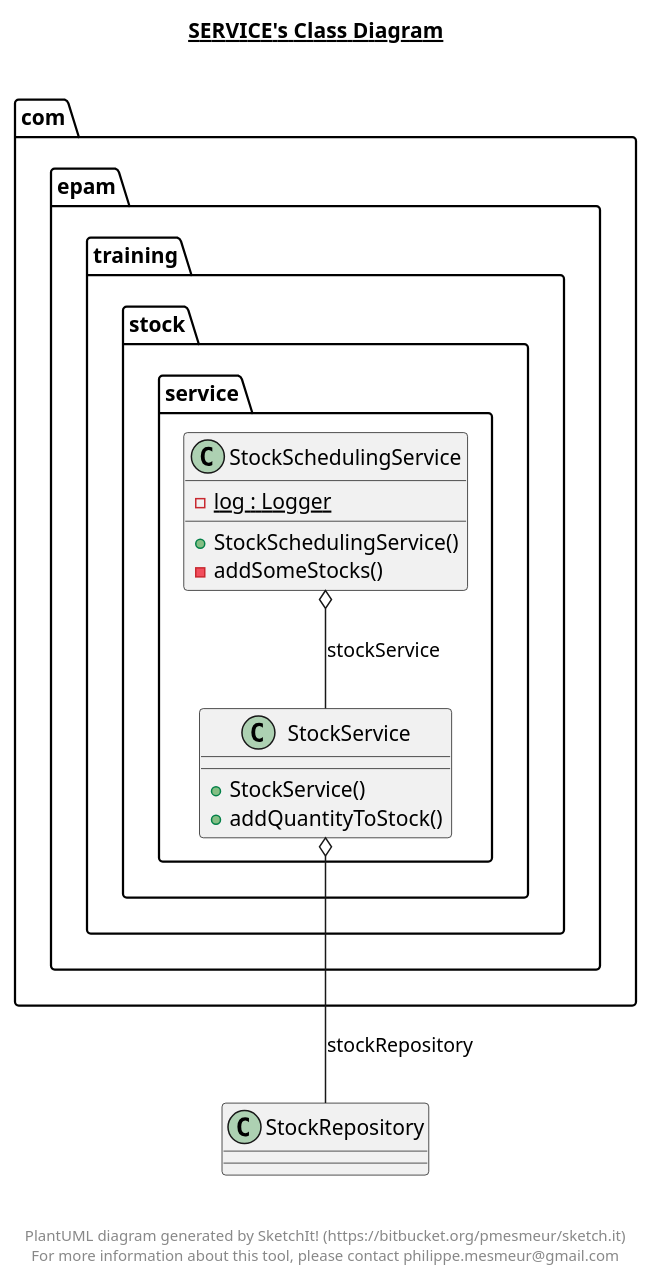
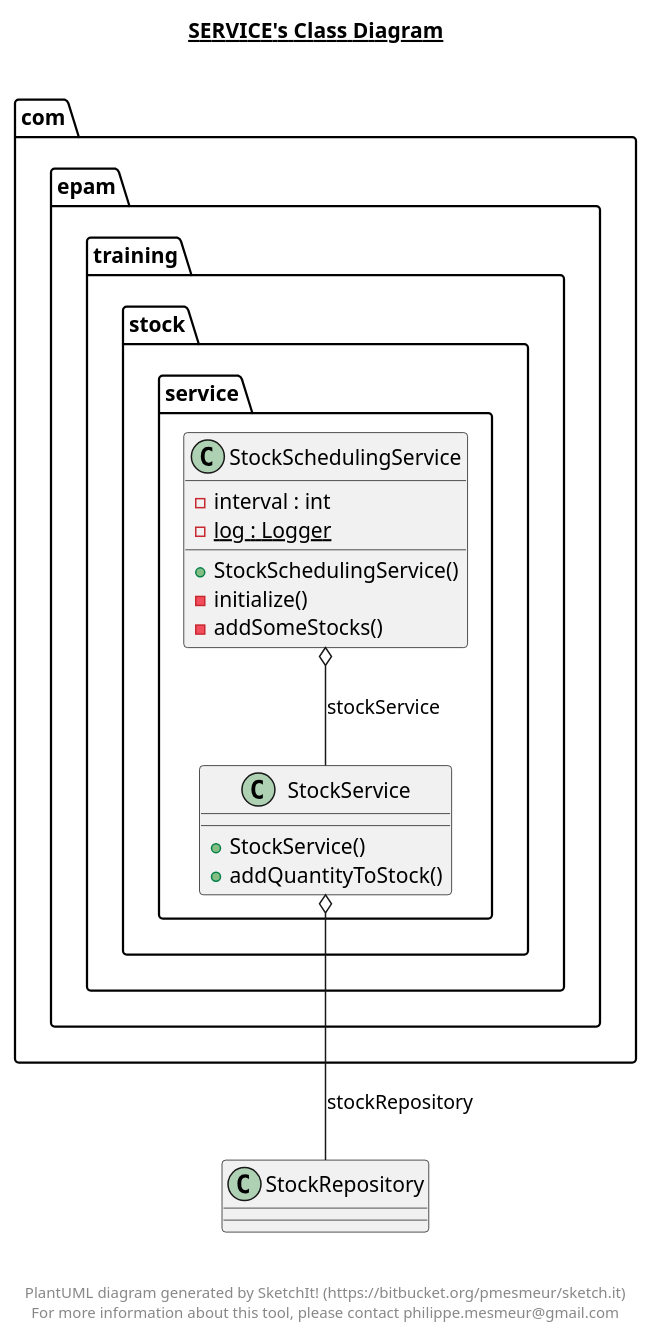
One commit to nik-nenkov/tutoring-rest-api-with-java changed the diagram in src/main/java/com/epam/training/stock/service/service.plantuml. Above: the diagram before and after it, drawn with PlantUML. The commit also changed 23 other files, not shown here.

```diff
--- a/src/main/java/com/epam/training/stock/service/service.plantuml
+++ b/src/main/java/com/epam/training/stock/service/service.plantuml
@@ -1,37 +1,39 @@
 @startuml
 
 title __SERVICE's Class Diagram__\n
 
   package com.epam.training.stock {
     package com.epam.training.stock.service {
       class StockSchedulingService {
+          - interval : int
           {static} - log : Logger
           + StockSchedulingService()
+          - initialize()
           - addSomeStocks()
       }
     }
   }
   
 
   package com.epam.training.stock {
     package com.epam.training.stock.service {
       class StockService {
           + StockService()
           + addQuantityToStock()
       }
     }
   }
   
 
   StockSchedulingService o-- StockService : stockService
   StockService o-- StockRepository : stockRepository
 
 
 right footer
 
 
 PlantUML diagram generated by SketchIt! (https://bitbucket.org/pmesmeur/sketch.it)
 For more information about this tool, please contact philippe.mesmeur@gmail.com
 endfooter
 
 @enduml
```
